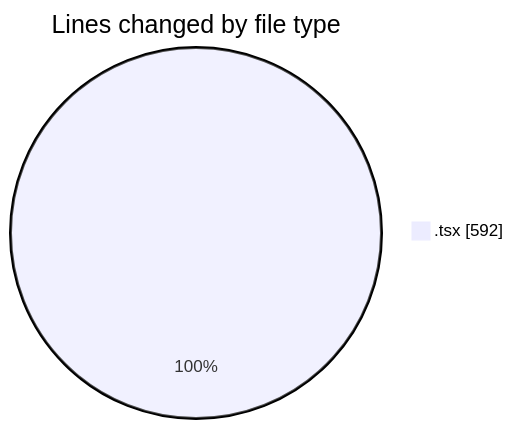
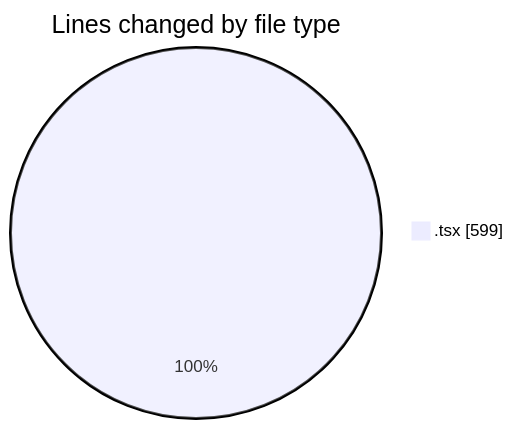
One commit to momahboobian/code-tracking changed the first of 2 diagrams in 2025-02-12/cda/README.md. Above: the diagram before and after it, drawn with Mermaid. The commit also changed other lines of this file and 1 other file, not shown here.

````diff
--- a/2025-02-12/cda/README.md
+++ b/2025-02-12/cda/README.md
@@ -21,5 +21,5 @@
 ```mermaid
 pie showData
 title Lines changed by file type
-".tsx" : 592
+".tsx" : 599
 ```
````
